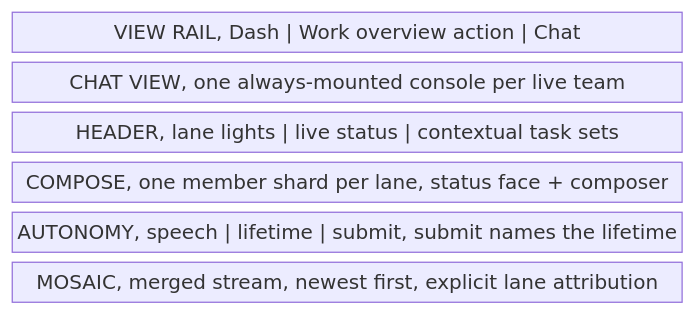
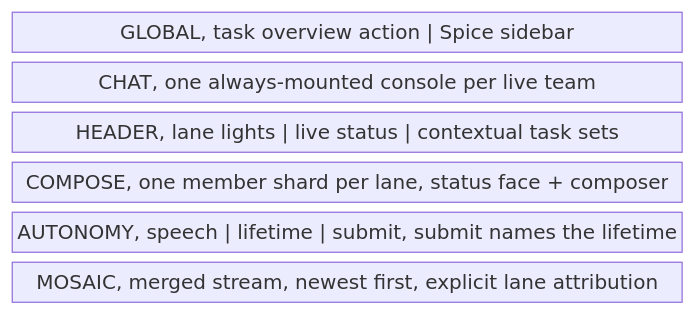
One commit to infimalabs/spice-rust changed diagram 17 of 17 in docs/product/loops.md. Above: the diagram before and after it, drawn with Mermaid. The commit also changed other lines of this file and 24 other files, not shown here.

Commit message:
app: Retire Dash and top-left avatar SIDEBAR-dVQnLrqBt

````diff
--- a/docs/product/loops.md
+++ b/docs/product/loops.md
@@ -692,10 +692,10 @@
 ```mermaid
 block-beta
   columns 1
-  G["VIEW RAIL, Dash | Work overview action | Chat"]
-  C["CHAT VIEW, one always-mounted console per live team"]
+  G["GLOBAL, task overview action | Spice sidebar"]
+  C["CHAT, one always-mounted console per live team"]
   H["HEADER, lane lights | live status | contextual task sets"]
   W["COMPOSE, one member shard per lane, status face + composer"]
   A["AUTONOMY, speech | lifetime | submit, submit names the lifetime"]
   M["MOSAIC, merged stream, newest first, explicit lane attribution"]
 ```
````
